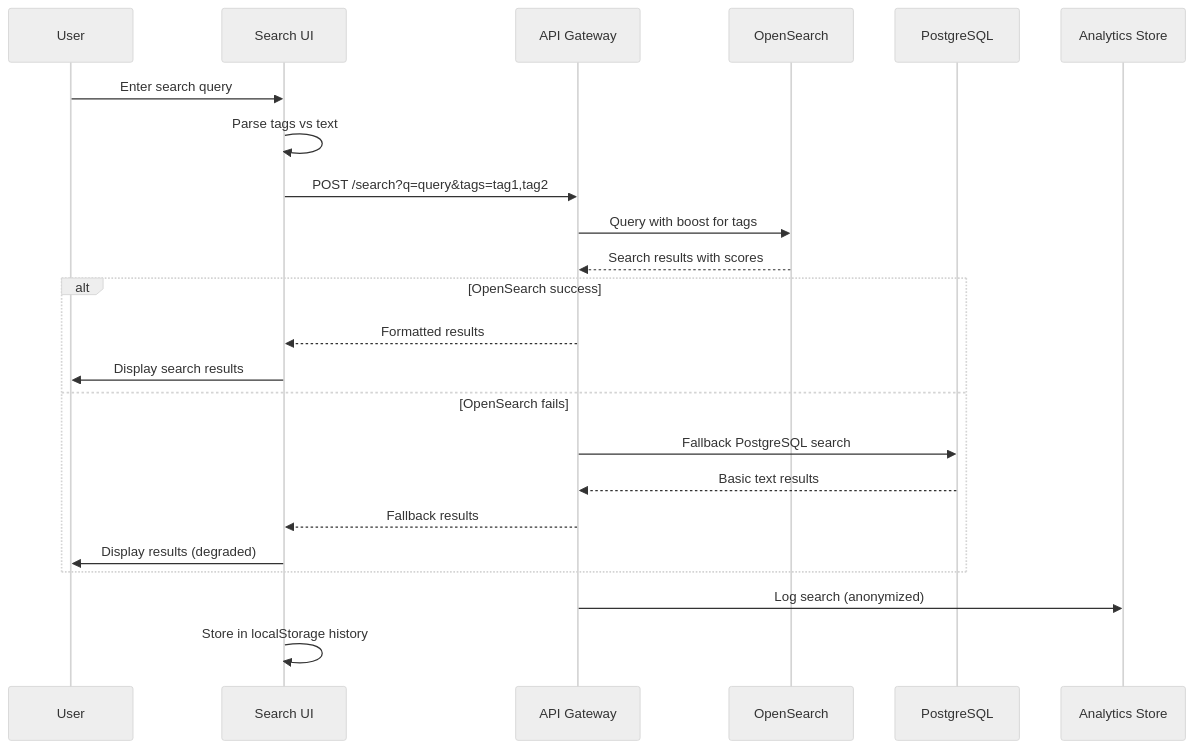
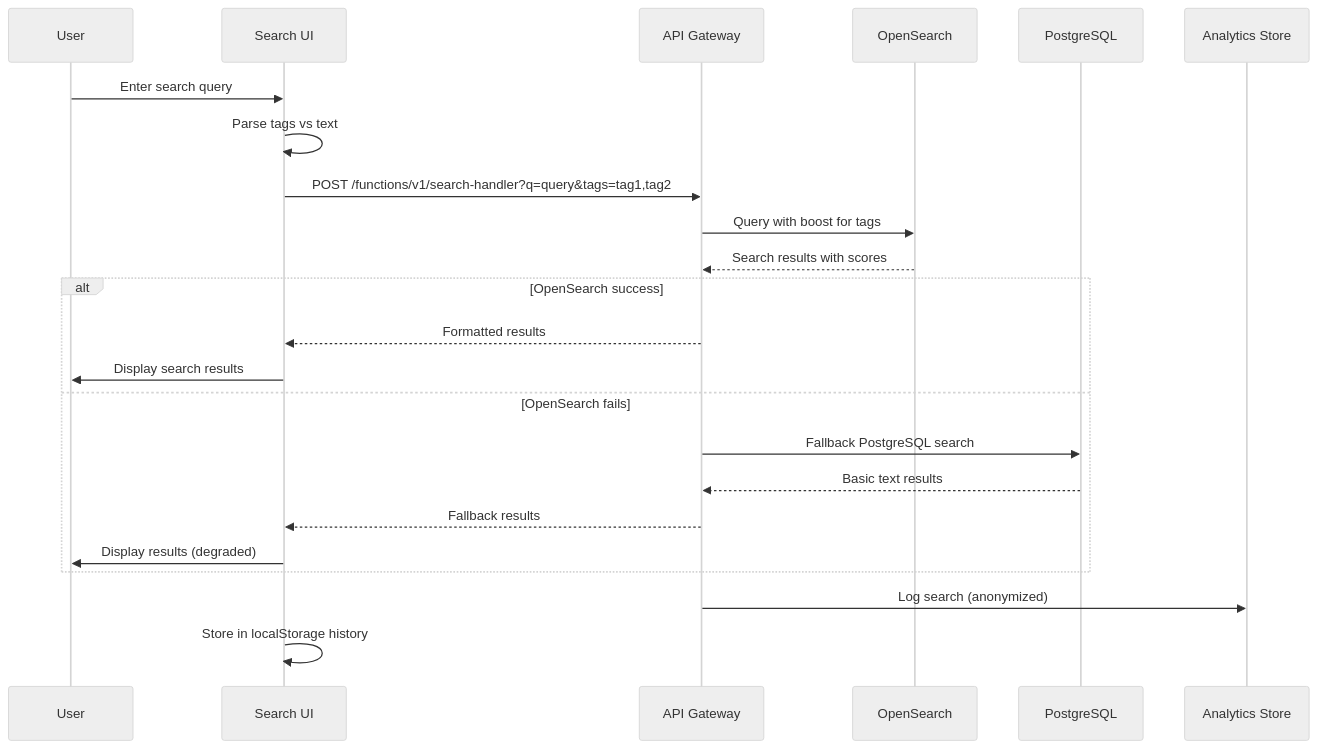
One commit to jkjan/nowhereland changed the first of 4 diagrams in prd/04-search-discovery.md. Above: the diagram before and after it, drawn with Mermaid (neutral theme). The commit also changed other lines of this file and 18 other files, not shown here.

````diff
--- a/prd/04-search-discovery.md
+++ b/prd/04-search-discovery.md
@@ -61,29 +61,29 @@
 ```mermaid
 sequenceDiagram
     participant U as User
     participant UI as Search UI
     participant API as API Gateway
     participant OS as OpenSearch
     participant DB as PostgreSQL
     participant ANALYTICS as Analytics Store
     
     U->>UI: Enter search query
     UI->>UI: Parse tags vs text
-    UI->>API: POST /search?q=query&tags=tag1,tag2
+    UI->>API: POST /functions/v1/search-handler?q=query&tags=tag1,tag2
     
     API->>OS: Query with boost for tags
     OS-->>API: Search results with scores
     
     alt OpenSearch success
         API-->>UI: Formatted results
         UI->>U: Display search results
     else OpenSearch fails
         API->>DB: Fallback PostgreSQL search
         DB-->>API: Basic text results
         API-->>UI: Fallback results
         UI->>U: Display results (degraded)
     end
     
     API->>ANALYTICS: Log search (anonymized)
     UI->>UI: Store in localStorage history
 ```
````
